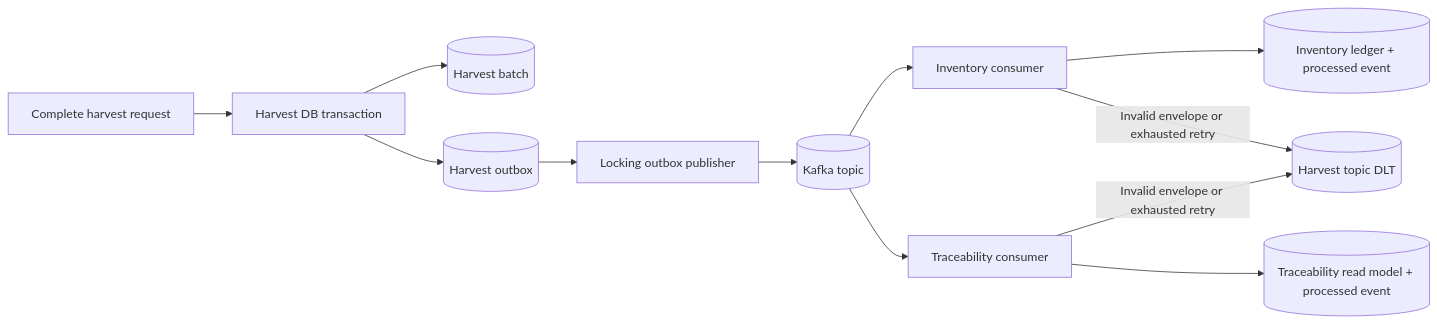
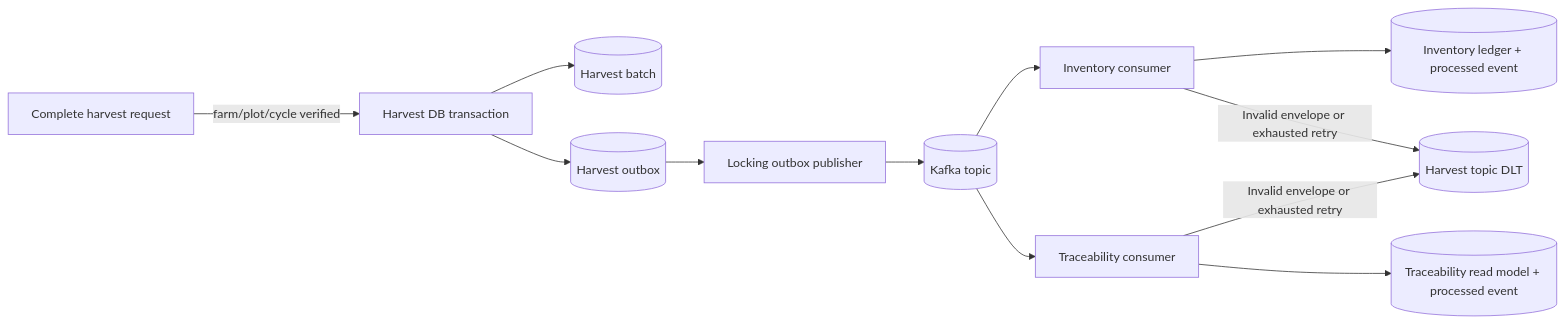
Before and after one commit to JasonTM17/AgriCore_SpringBoot_Microservices: the diagram in docs/diagrams/harvest-event-flow.md, drawn with Mermaid. The commit also changed other lines of this file and 9 other files, not shown here.

Commit message:
docs(architecture): synchronize service boundaries

````diff
--- a/docs/diagrams/harvest-event-flow.md
+++ b/docs/diagrams/harvest-event-flow.md
@@ -3,23 +3,23 @@
 ```mermaid
 flowchart LR
     request["Complete harvest request"]
     transaction["Harvest DB transaction"]
     harvest[("Harvest batch")]
     outbox[("Harvest outbox")]
     publisher["Locking outbox publisher"]
     kafka[("Kafka topic")]
     inventory["Inventory consumer"]
     trace["Traceability consumer"]
     inventoryDb[("Inventory ledger + processed event")]
     traceDb[("Traceability read model + processed event")]
     dlt[("Harvest topic DLT")]
 
-    request --> transaction
+    request -->|"farm/plot/cycle verified"| transaction
     transaction --> harvest
     transaction --> outbox
     outbox --> publisher --> kafka
     kafka --> inventory --> inventoryDb
     kafka --> trace --> traceDb
     inventory -->|"Invalid envelope or exhausted retry"| dlt
     trace -->|"Invalid envelope or exhausted retry"| dlt
 ```
````
